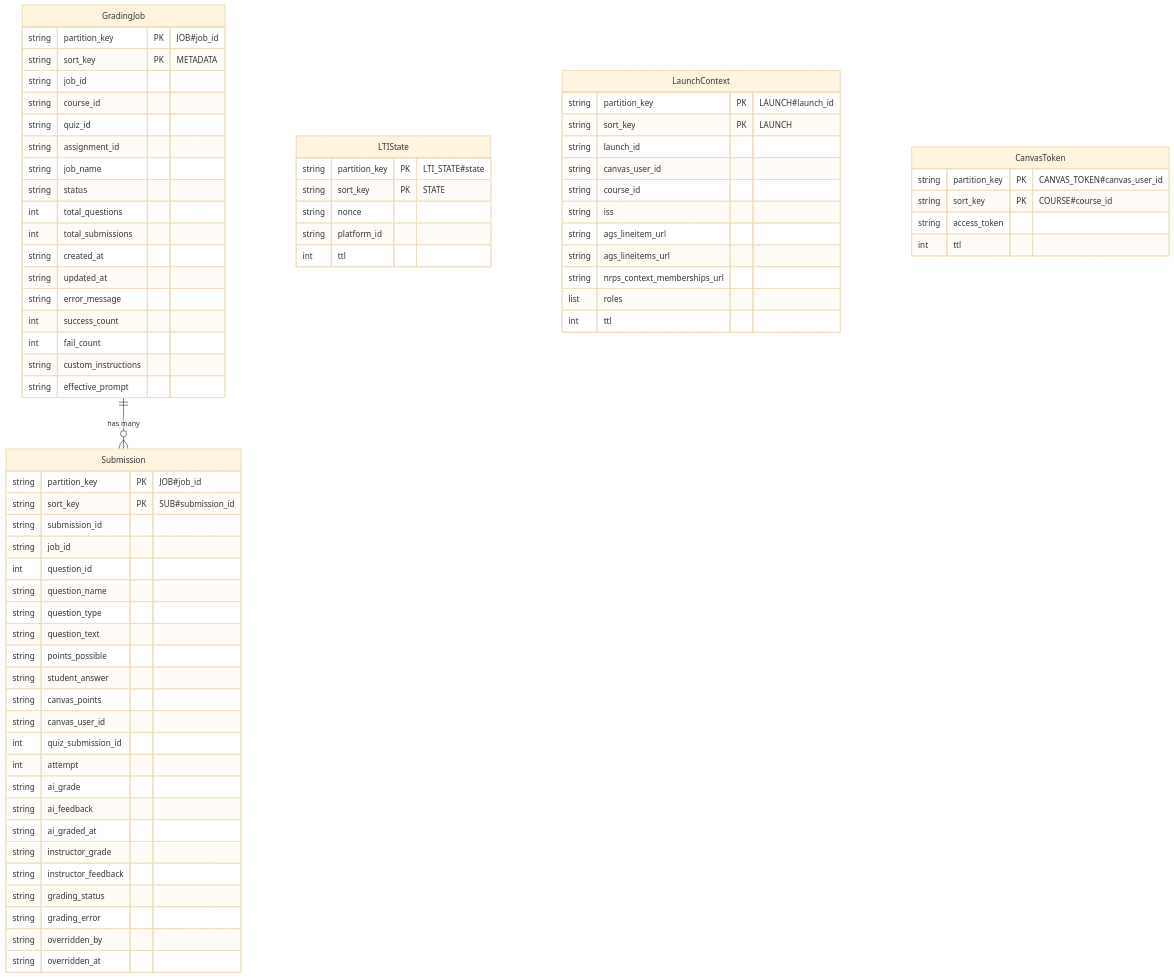
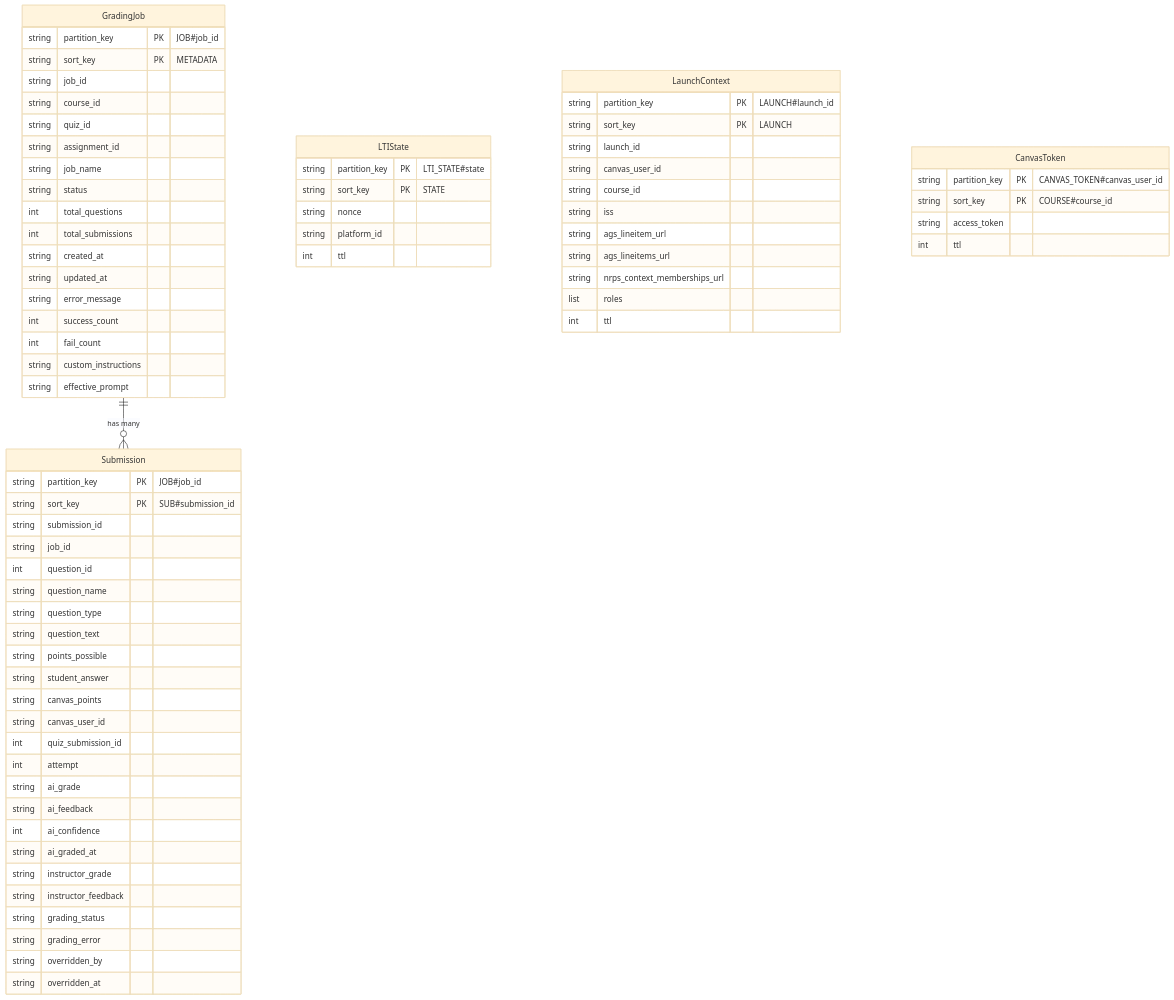
One commit to UBCForestryTLS/grading-helper-service changed the diagram in docs/data-models/index.md. Above: the diagram before and after it, drawn with Mermaid (base theme). The commit also changed other lines of this file and 3 other files, not shown here.

````diff
--- a/docs/data-models/index.md
+++ b/docs/data-models/index.md
@@ -9,79 +9,80 @@
 ```mermaid
 erDiagram
     GradingJob {
         string partition_key PK "JOB#job_id"
         string sort_key PK "METADATA"
         string job_id
         string course_id
         string quiz_id
         string assignment_id
         string job_name
         string status
         int total_questions
         int total_submissions
         string created_at
         string updated_at
         string error_message
         int success_count
         int fail_count
         string custom_instructions
         string effective_prompt
     }
 
     Submission {
         string partition_key PK "JOB#job_id"
         string sort_key PK "SUB#submission_id"
         string submission_id
         string job_id
         int question_id
         string question_name
         string question_type
         string question_text
         string points_possible
         string student_answer
         string canvas_points
         string canvas_user_id
         int quiz_submission_id
         int attempt
         string ai_grade
         string ai_feedback
+        int ai_confidence
         string ai_graded_at
         string instructor_grade
         string instructor_feedback
         string grading_status
         string grading_error
         string overridden_by
         string overridden_at
     }
 
     LTIState {
         string partition_key PK "LTI_STATE#state"
         string sort_key PK "STATE"
         string nonce
         string platform_id
         int ttl
     }
 
     LaunchContext {
         string partition_key PK "LAUNCH#launch_id"
         string sort_key PK "LAUNCH"
         string launch_id
         string canvas_user_id
         string course_id
         string iss
         string ags_lineitem_url
         string ags_lineitems_url
         string nrps_context_memberships_url
         list roles
         int ttl
     }
 
     CanvasToken {
         string partition_key PK "CANVAS_TOKEN#canvas_user_id"
         string sort_key PK "COURSE#course_id"
         string access_token
         int ttl
     }
 
     GradingJob ||--o{ Submission : "has many"
 ```
````
